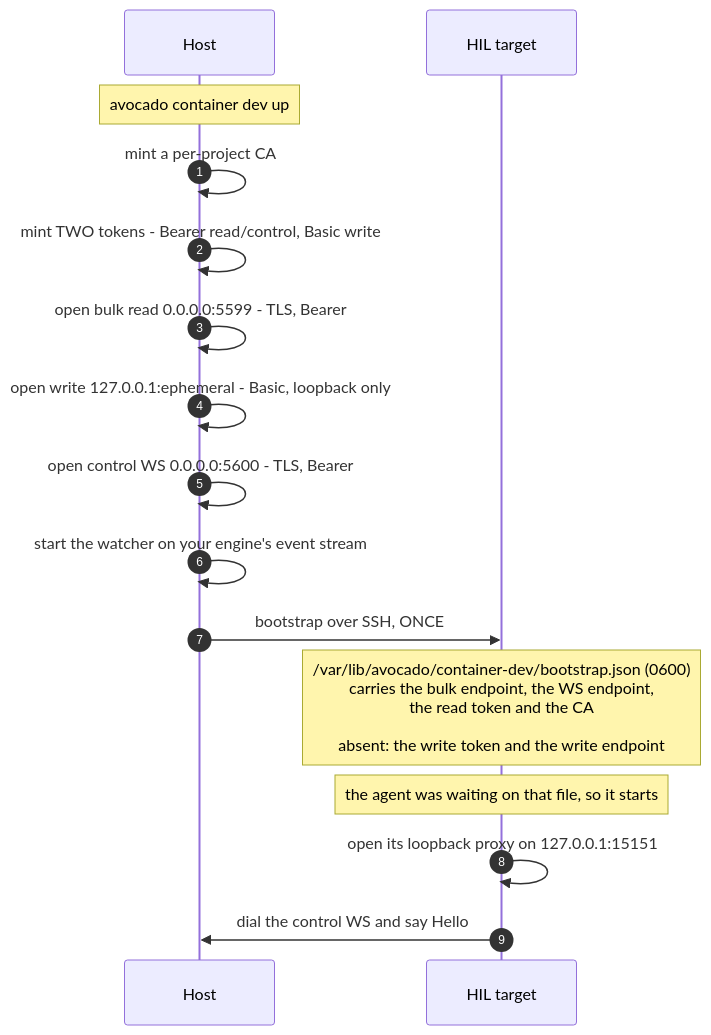
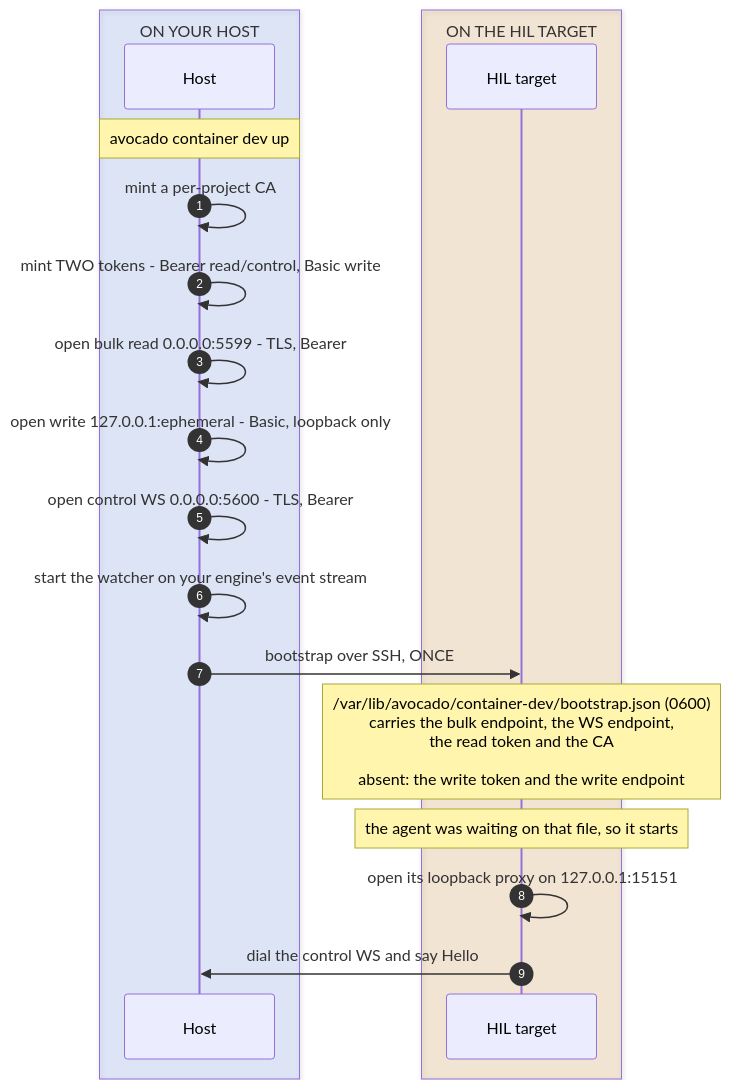
One commit to peridio/docs changed the third of 5 diagrams in src/docs-guides/container-dev-mode.md. Above: the diagram before and after it, drawn with Mermaid. The commit also changed other lines of this file and 1 other file, not shown here.

````diff
--- a/src/docs-guides/container-dev-mode.md
+++ b/src/docs-guides/container-dev-mode.md
@@ -195,21 +226,25 @@
 ```mermaid
 sequenceDiagram
     autonumber
+    box rgba(37,99,235,0.12) ON YOUR HOST
     participant H as Host
+    end
+    box rgba(217,119,6,0.14) ON THE HIL TARGET
     participant T as HIL target
+    end
 
     Note over H: avocado container dev up
     H->>H: mint a per-project CA
     H->>H: mint TWO tokens - Bearer read/control, Basic write
     H->>H: open bulk read 0.0.0.0:5599 - TLS, Bearer
     H->>H: open write 127.0.0.1:ephemeral - Basic, loopback only
     H->>H: open control WS 0.0.0.0:5600 - TLS, Bearer
     H->>H: start the watcher on your engine's event stream
 
     H->>T: bootstrap over SSH, ONCE
     Note over T: /var/lib/avocado/container-dev/bootstrap.json (0600)<br/>carries the bulk endpoint, the WS endpoint,<br/>the read token and the CA<br/><br/>absent: the write token and the write endpoint
 
     Note over T: the agent was waiting on that file, so it starts
     T->>T: open its loopback proxy on 127.0.0.1:15151
     T->>H: dial the control WS and say Hello
 ```
````
